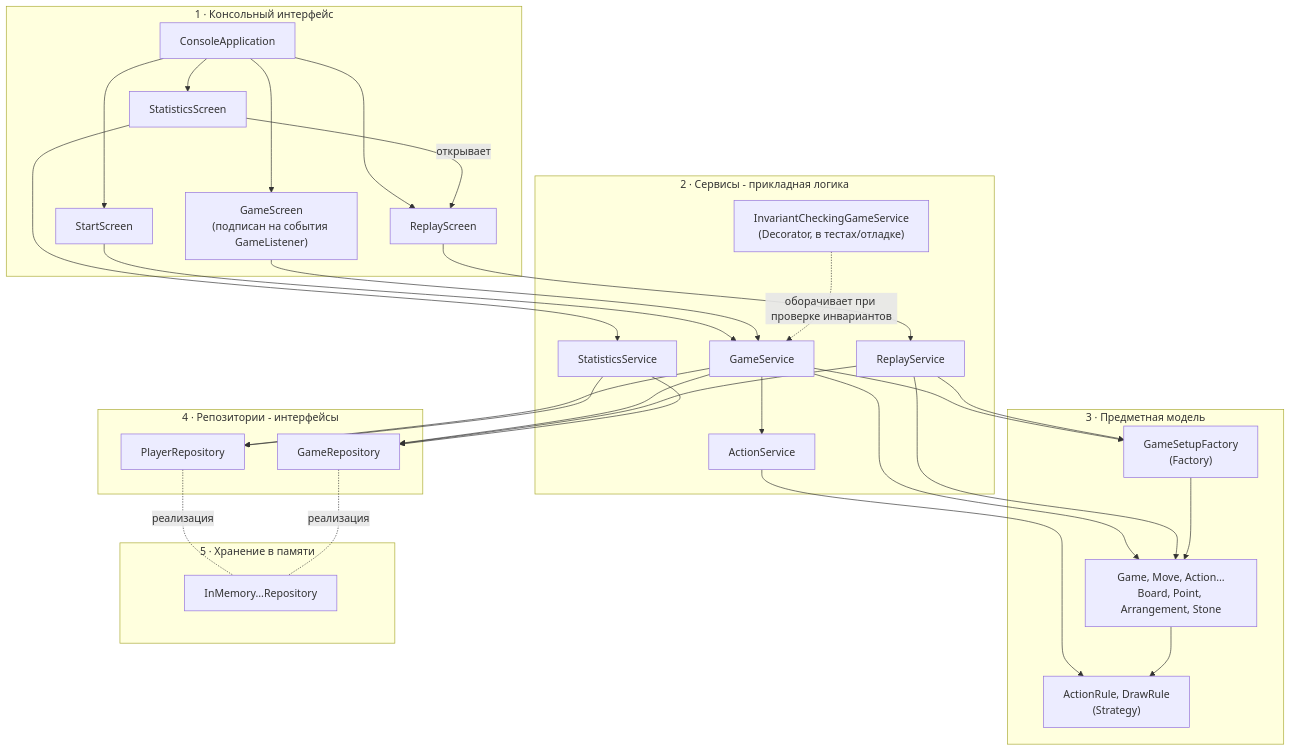
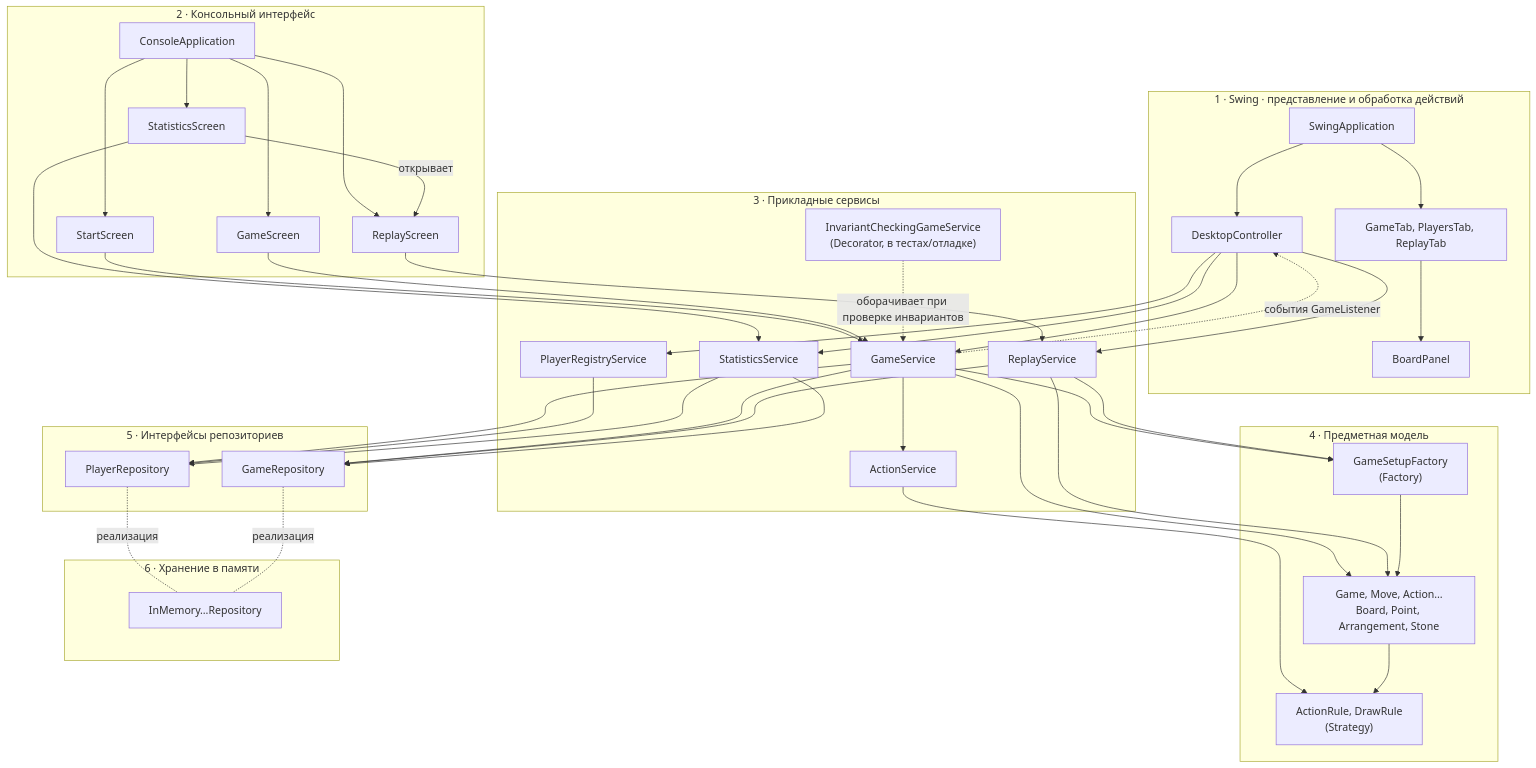
Before and after one commit to imaxde/fanorona-case: the first of 3 diagrams in README.md, drawn with Mermaid. The commit also changed other lines of this file and 17 other files, not shown here.

Commit message:
Add Swing interface and session player registry

````diff
--- a/README.md
+++ b/README.md
@@ -70,62 +72,80 @@
 ```mermaid
 flowchart TB
-    subgraph UI["1 · Консольный интерфейс"]
+    subgraph GUI["1 · Swing · представление и обработка действий"]
+        Window[SwingApplication]
+        Tabs["GameTab, PlayersTab, ReplayTab"]
+        BoardPanel[BoardPanel]
+        Presenter[DesktopController]
+    end
+
+    subgraph UI["2 · Консольный интерфейс"]
         Console[ConsoleApplication]
         Start[StartScreen]
-        Play["GameScreen<br/>(подписан на события GameListener)"]
+        Play[GameScreen]
         Stats[StatisticsScreen]
         Replay[ReplayScreen]
     end
 
-    subgraph APP["2 · Сервисы - прикладная логика"]
+    subgraph APP["3 · Прикладные сервисы"]
         Inv["InvariantCheckingGameService<br/>(Decorator, в тестах/отладке)"]
         GS[GameService]
         AS[ActionService]
         RS[ReplayService]
         SS[StatisticsService]
+        Registry[PlayerRegistryService]
     end
 
-    subgraph DOM["3 · Предметная модель"]
+    subgraph DOM["4 · Предметная модель"]
         Factory["GameSetupFactory<br/>(Factory)"]
         Game["Game, Move, Action…<br/>Board, Point, Arrangement, Stone"]
         Rules["ActionRule, DrawRule<br/>(Strategy)"]
     end
 
-    subgraph REPO["4 · Репозитории - интерфейсы"]
+    subgraph REPO["5 · Интерфейсы репозиториев"]
         PR[PlayerRepository]
         GR[GameRepository]
     end
 
-    subgraph INFRA["5 · Хранение в памяти"]
+    subgraph INFRA["6 · Хранение в памяти"]
         Mem[InMemory…Repository]
     end
+
+    Window --> Tabs
+    Tabs --> BoardPanel
+    Window --> Presenter
+    Presenter --> GS
+    Presenter --> Registry
+    Presenter --> SS
+    Presenter --> RS
+    GS -. события GameListener .-> Presenter
 
     Console --> Start
     Console --> Play
     Console --> Stats
     Console --> Replay
     Start --> GS
     Play --> GS
     Stats --> SS
     Stats -- открывает --> Replay
     Replay --> RS
     Inv -. оборачивает при проверке инвариантов .-> GS
 
     GS --> AS
     GS --> Factory
     RS --> Factory
     AS --> Rules
     GS --> Game
     RS --> Game
     Factory --> Game
     Game --> Rules
 
     GS --> PR
     GS --> GR
+    Registry --> PR
     RS --> GR
     SS --> GR
     SS --> PR
 
     PR -. реализация .- Mem
     GR -. реализация .- Mem
 ```
````
